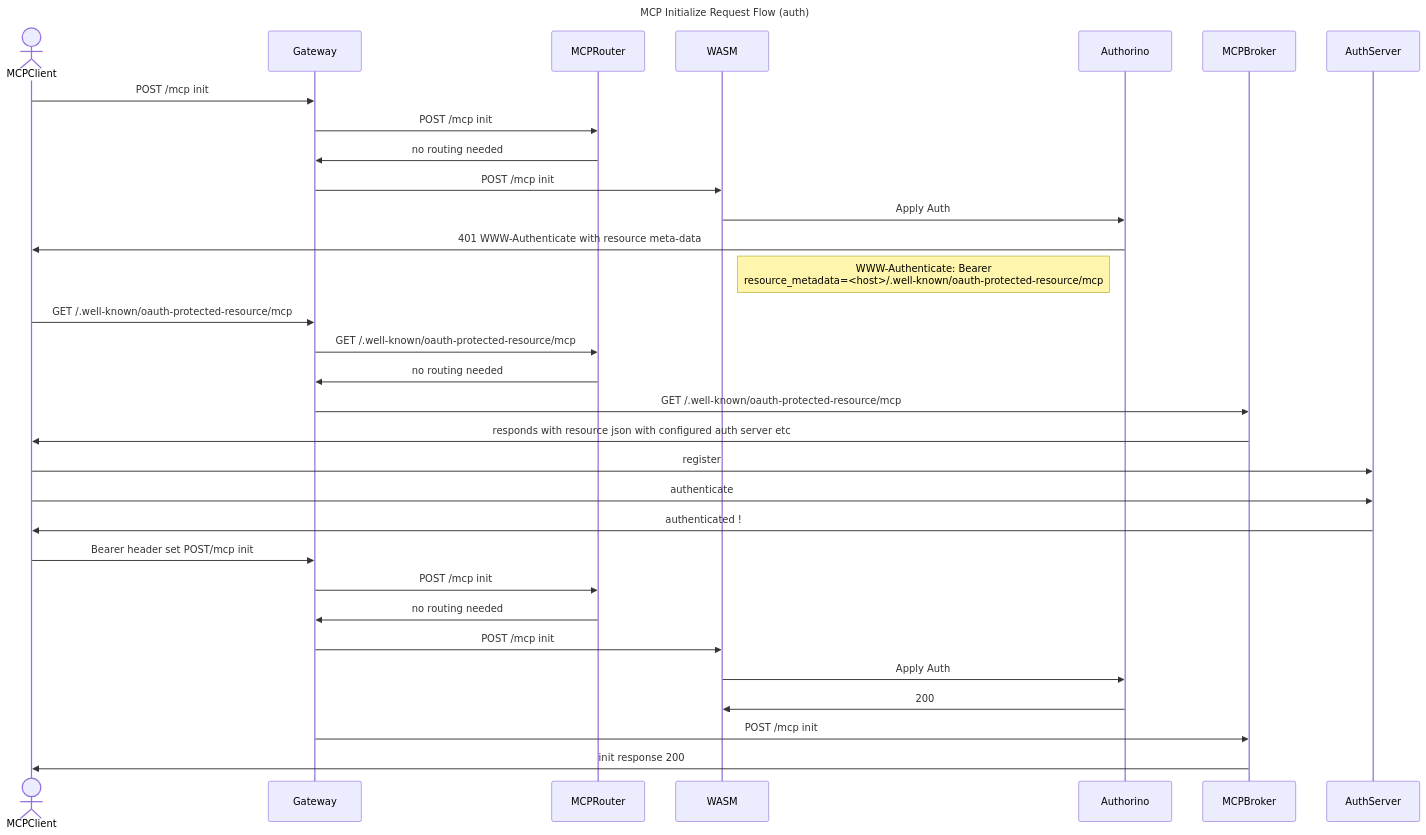
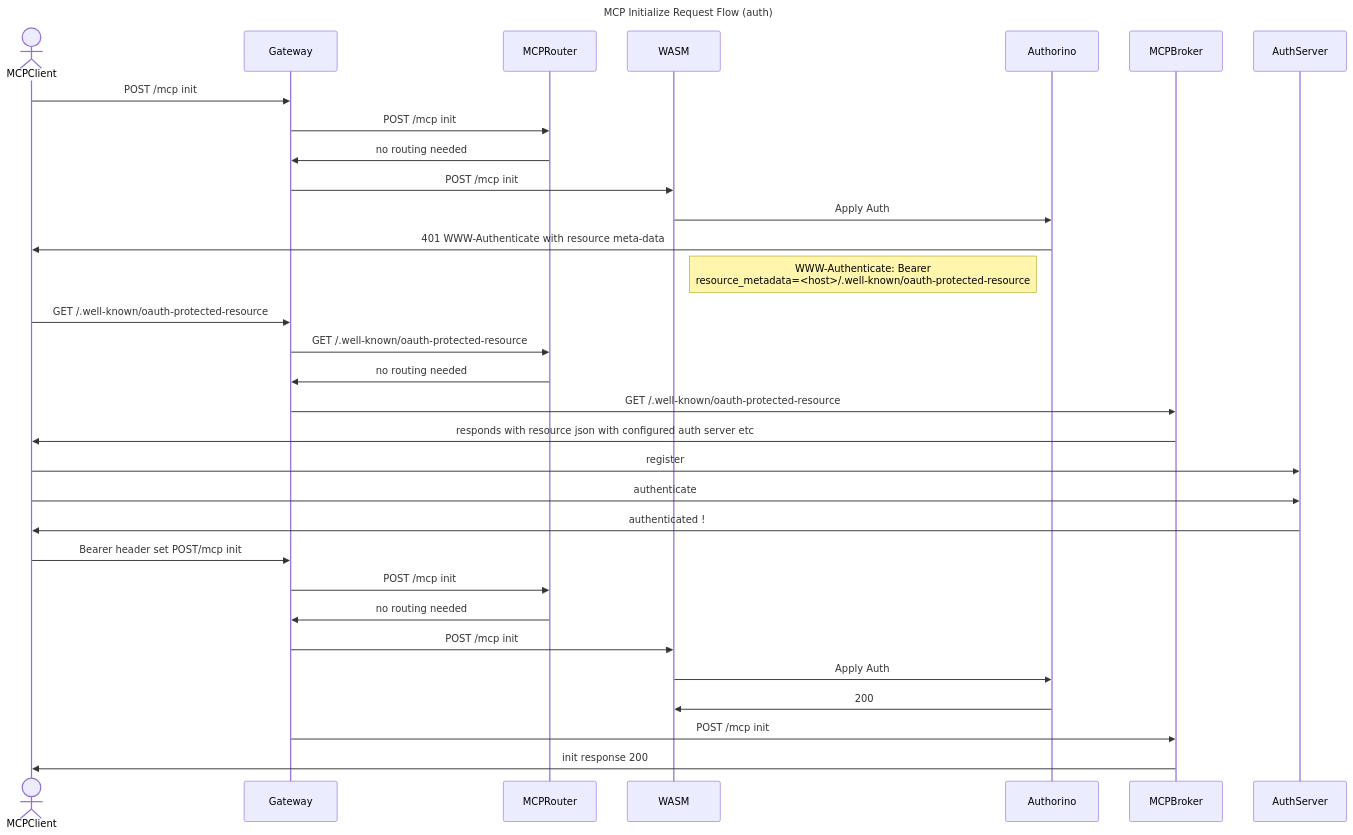
The sixth of 7 diagrams in docs/design/flows.md (Kuadrant/mcp-gateway), drawn with Mermaid before and after one commit. The commit also changed other lines of this file and 3 other files, not shown here.

````diff
--- a/docs/design/flows.md
+++ b/docs/design/flows.md
@@ -145,28 +145,28 @@
 ```mermaid
 sequenceDiagram
         title MCP Initialize Request Flow (auth)
         actor MCPClient
         MCPClient->>Gateway: POST /mcp init
         Gateway->>MCPRouter: POST /mcp init
         MCPRouter->>Gateway: no routing needed
         Gateway->>WASM: POST /mcp init
         WASM->>Authorino: Apply Auth
         Authorino->>MCPClient: 401 WWW-Authenticate with resource meta-data
-        note left of Authorino: WWW-Authenticate: Bearer <br/> resource_metadata=<host>/.well-known/oauth-protected-resource/mcp
-        MCPClient->>Gateway: GET /.well-known/oauth-protected-resource/mcp
-        Gateway->>MCPRouter: GET /.well-known/oauth-protected-resource/mcp
+        note left of Authorino: WWW-Authenticate: Bearer <br/> resource_metadata=<host>/.well-known/oauth-protected-resource
+        MCPClient->>Gateway: GET /.well-known/oauth-protected-resource
+        Gateway->>MCPRouter: GET /.well-known/oauth-protected-resource
         MCPRouter->>Gateway: no routing needed
-        Gateway->>MCPBroker: GET /.well-known/oauth-protected-resource/mcp
+        Gateway->>MCPBroker: GET /.well-known/oauth-protected-resource
         MCPBroker->>MCPClient: responds with resource json with configured auth server etc
         MCPClient->>AuthServer: register
         MCPClient->>AuthServer: authenticate
         AuthServer->>MCPClient: authenticated !
         MCPClient->>Gateway: Bearer header set POST/mcp init
         Gateway->>MCPRouter: POST /mcp init
         MCPRouter->>Gateway: no routing needed
         Gateway->>WASM: POST /mcp init
         WASM->>Authorino: Apply Auth
         Authorino->>WASM: 200
         Gateway->>MCPBroker: POST /mcp init
         MCPBroker->>MCPClient: init response 200
 ```
````
